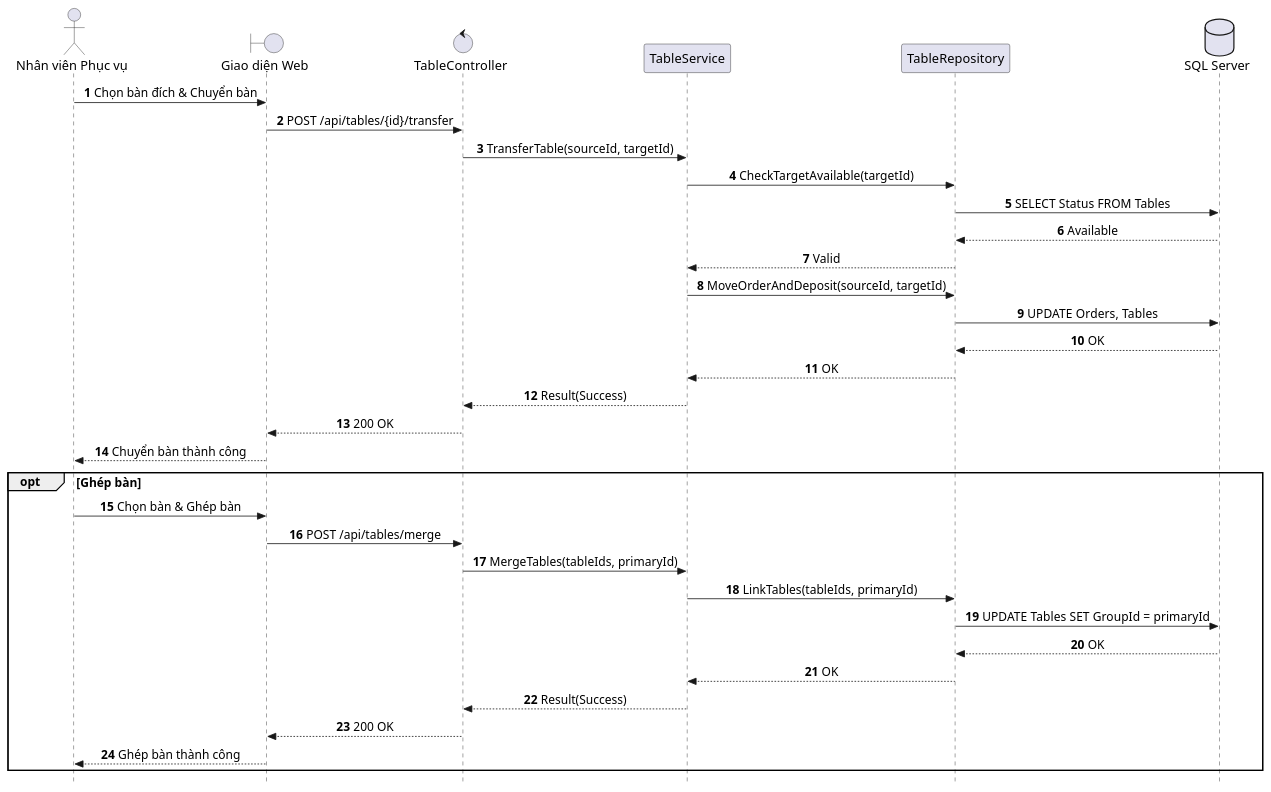
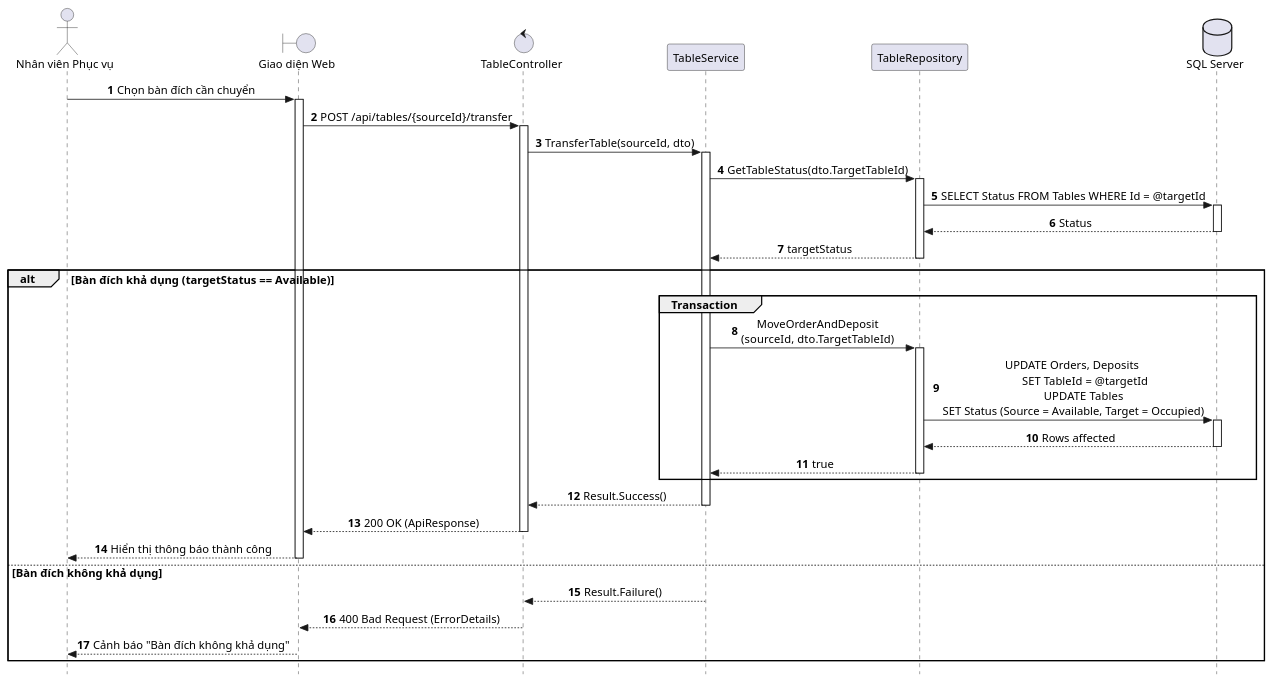
One commit to AndrewQng/VinDining changed the first of 2 diagrams in docs/use-cases/UC-E4_Doi_Ban_Chuyen_Ban.md. Above: the diagram before and after it, drawn with PlantUML. The commit also changed other lines of this file and 74 other files, not shown here.

Commit message:
docs: add phase 1 documentation, drawio diagrams, and sequence puml files

````diff
--- a/docs/use-cases/UC-E4_Doi_Ban_Chuyen_Ban.md
+++ b/docs/use-cases/UC-E4_Doi_Ban_Chuyen_Ban.md
@@ -27,50 +29,45 @@
 ```plantuml
-@startuml SD_UC_E4_Transfer_Table
+@startuml SD_UC_E4_1_Transfer_Table
 autonumber
 skinparam style strictuml
 skinparam sequenceMessageAlign center
 skinparam responseMessageBelowArrow true
 skinparam defaultFontName "Segoe UI", Arial, sans-serif
-skinparam defaultFontSize 16
-skinparam sequenceActorFontSize 16
-skinparam sequenceParticipantFontSize 16
-skinparam sequenceArrowFontSize 15
-skinparam sequenceGroupFontSize 15
-skinparam sequenceGroupHeaderFontSize 15
+skinparam defaultFontSize 14
+
+autoactivate on
 
 actor "Nhân viên Phục vụ" as Waitstaff
 boundary "Giao diện Web" as UI
 control "TableController" as Controller
 participant "TableService" as Service
 participant "TableRepository" as Repo
 database "SQL Server" as DB
 
-Waitstaff -> UI: Chọn bàn đích & Chuyển bàn
-UI -> Controller: POST /api/tables/{id}/transfer
-Controller -> Service: TransferTable(sourceId, targetId)
-Service -> Repo: CheckTargetAvailable(targetId)
-Repo -> DB: SELECT Status FROM Tables
-DB --> Repo: Available
-Repo --> Service: Valid
-Service -> Repo: MoveOrderAndDeposit(sourceId, targetId)
-Repo -> DB: UPDATE Orders, Tables
-DB --> Repo: OK
-Repo --> Service: OK
-Service --> Controller: Result(Success)
-Controller --> UI: 200 OK
-UI --> Waitstaff: Chuyển bàn thành công
+Waitstaff -> UI: Chọn bàn đích cần chuyển
+UI -> Controller: POST /api/tables/{sourceId}/transfer
+Controller -> Service: TransferTable(sourceId, dto)
 
-opt Ghép bàn
-    Waitstaff -> UI: Chọn bàn & Ghép bàn
-    UI -> Controller: POST /api/tables/merge
-    Controller -> Service: MergeTables(tableIds, primaryId)
-    Service -> Repo: LinkTables(tableIds, primaryId)
-    Repo -> DB: UPDATE Tables SET GroupId = primaryId
-    DB --> Repo: OK
-    Repo --> Service: OK
-    Service --> Controller: Result(Success)
-    Controller --> UI: 200 OK
-    UI --> Waitstaff: Ghép bàn thành công
+Service -> Repo: GetTableStatus(dto.TargetTableId)
+Repo -> DB: SELECT Status FROM Tables WHERE Id = @targetId
+DB --> Repo: Status
+Repo --> Service: targetStatus
+
+alt Bàn đích khả dụng (targetStatus == Available)
+    group Transaction 
+        Service -> Repo: MoveOrderAndDeposit\n(sourceId, dto.TargetTableId)
+        Repo -> DB: UPDATE Orders, Deposits \n        SET TableId = @targetId\n        UPDATE Tables \nSET Status (Source = Available, Target = Occupied)
+        DB --> Repo: Rows affected
+        Repo --> Service: true
+    end
+    Service --> Controller: Result.Success()
+    Controller --> UI: 200 OK (ApiResponse)
+    UI --> Waitstaff: Hiển thị thông báo thành công
+else Bàn đích không khả dụng
+    Service --> Controller: Result.Failure()
+    Controller --> UI: 400 Bad Request (ErrorDetails)
+    UI --> Waitstaff: Cảnh báo "Bàn đích không khả dụng"
 end
+
 @enduml
 ```
````
